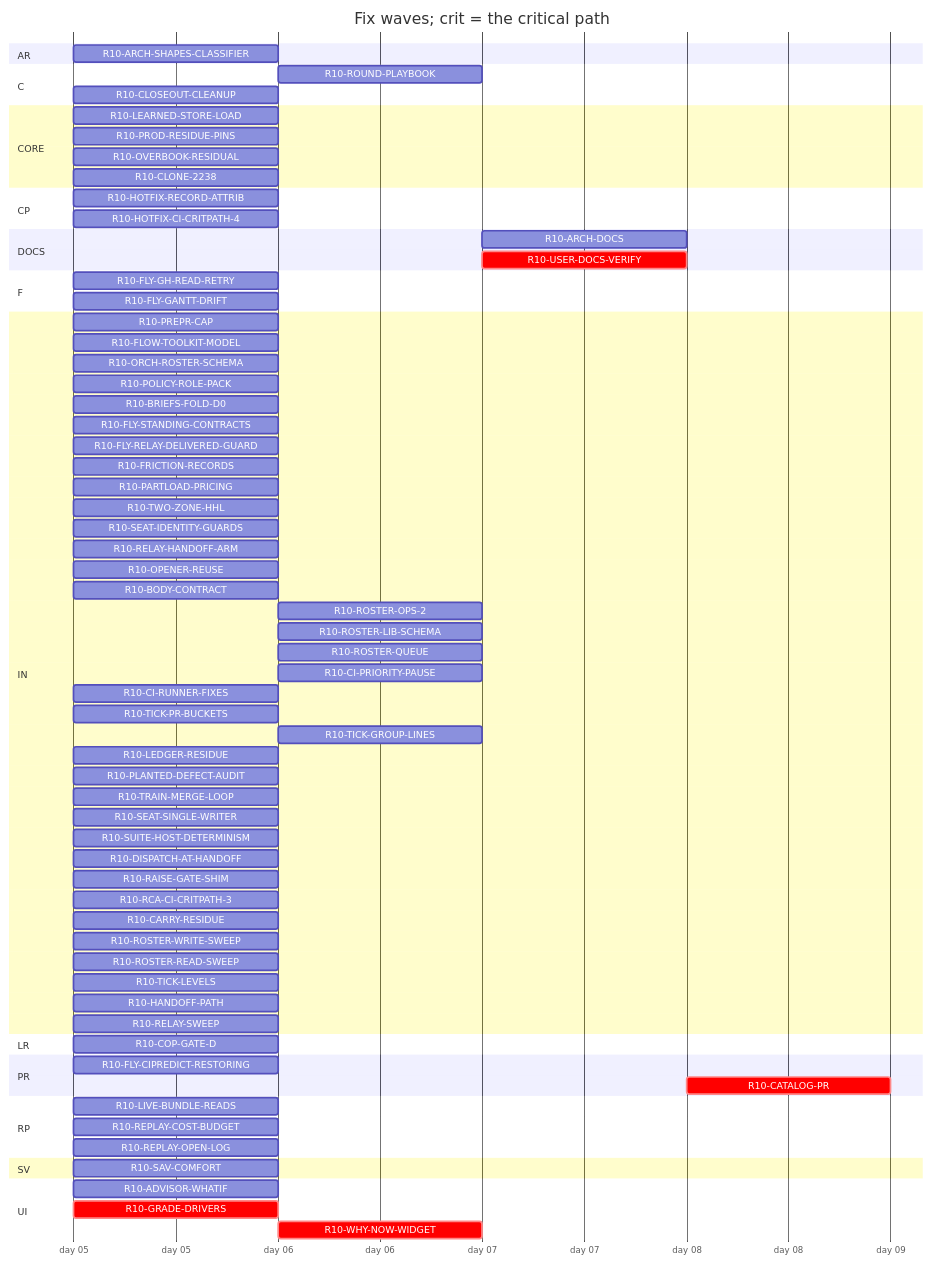
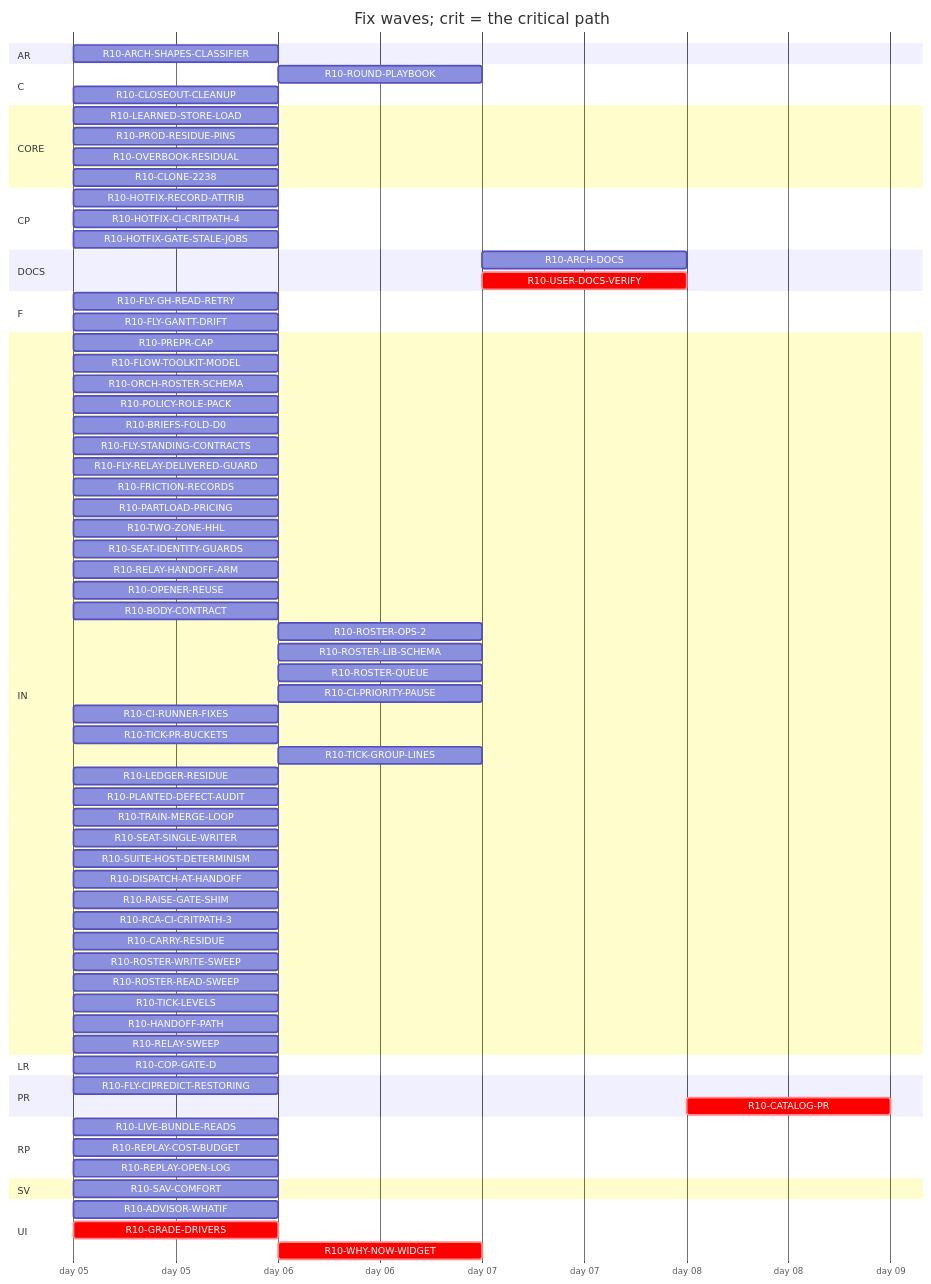
The diagram in handoff/round10/state/PLAN-TABLE.md (tvofi/heatpump_optimizer), drawn with Mermaid before and after one commit. The commit also changed other lines of this file and 4 other files, not shown here.

Commit message:
state: FLOW-BOARD.md, NEXT-SESSION-PROMPT.md, PLAN-TABLE.md, PLAN.html, RESUME-CURRENT.md regenerated (state_docs.py)

````diff
--- a/handoff/round10/state/PLAN-TABLE.md
+++ b/handoff/round10/state/PLAN-TABLE.md
@@ -25,76 +25,77 @@
 ```mermaid
 gantt
   title Fix waves; crit = the critical path
   dateFormat YYYY-MM-DD
   axisFormat day %d
   section AR
     R10-ARCH-SHAPES-CLASSIFIER :r10ARCHSHAPESCLASSIFIER, 2026-01-05, 1d
   section C
     R10-ROUND-PLAYBOOK :r10ROUNDPLAYBOOK, after r10PREPRCAP r10HANDOFFPATH r10RELAYSWEEP r10TRAINMERGELOOP r10DISPATCHATHANDOFF r10BODYCONTRACT r10TICKLEVELS r10CIPRIORITYPAUSE r10ROSTERWRITESWEEP r10ROSTERREADSWEEP r10FLYSTANDINGCONTRACTS r10POLICYROLEPACK r10FRICTIONRECORDS r10FLOWTOOLKITMODEL r10SEATIDENTITYGUARDS r10LEDGERRESIDUE r10CIRUNNERFIXES r10FLYCIPREDICTRESTORING r10RAISEGATESHIM r10PLANTEDDEFECTAUDIT r10FLYGHREADRETRY r10SUITEHOSTDETERMINISM, 1d
     R10-CLOSEOUT-CLEANUP :r10CLOSEOUTCLEANUP, 2026-01-05, 1d
   section CORE
     R10-LEARNED-STORE-LOAD :r10LEARNEDSTORELOAD, 2026-01-05, 1d
     R10-PROD-RESIDUE-PINS :r10PRODRESIDUEPINS, 2026-01-05, 1d
     R10-OVERBOOK-RESIDUAL :r10OVERBOOKRESIDUAL, 2026-01-05, 1d
     R10-CLONE-2238 :r10CLONE2238, 2026-01-05, 1d
   section CP
     R10-HOTFIX-RECORD-ATTRIB :r10HOTFIXRECORDATTRIB, 2026-01-05, 1d
     R10-HOTFIX-CI-CRITPATH-4 :r10HOTFIXCICRITPATH4, 2026-01-05, 1d
+    R10-HOTFIX-GATE-STALE-JOBS :r10HOTFIXGATESTALEJOBS, 2026-01-05, 1d
   section DOCS
     R10-ARCH-DOCS :r10ARCHDOCS, after r10CARRYRESIDUE r10OVERBOOKRESIDUAL r10CLONE2238 r10SAVCOMFORT r10COPGATED r10GRADEDRIVERS r10WHYNOWWIDGET r10PARTLOADPRICING r10TWOZONEHHL r10ARCHSHAPESCLASSIFIER r10ADVISORWHATIF r10LEARNEDSTORELOAD r10PRODRESIDUEPINS r10LIVEBUNDLEREADS r10REPLAYCOSTBUDGET r10REPLAYOPENLOG r10PREPRCAP r10HANDOFFPATH r10RELAYSWEEP r10TRAINMERGELOOP r10DISPATCHATHANDOFF r10BODYCONTRACT r10TICKLEVELS r10CIPRIORITYPAUSE r10ROSTERWRITESWEEP r10ROSTERREADSWEEP r10FLYSTANDINGCONTRACTS r10POLICYROLEPACK r10FRICTIONRECORDS r10FLOWTOOLKITMODEL r10SEATIDENTITYGUARDS r10LEDGERRESIDUE r10CIRUNNERFIXES r10FLYCIPREDICTRESTORING r10RAISEGATESHIM r10PLANTEDDEFECTAUDIT r10FLYGHREADRETRY r10SUITEHOSTDETERMINISM, 1d
     R10-USER-DOCS-VERIFY :crit, r10USERDOCSVERIFY, after r10CARRYRESIDUE r10OVERBOOKRESIDUAL r10CLONE2238 r10SAVCOMFORT r10COPGATED r10GRADEDRIVERS r10WHYNOWWIDGET r10PARTLOADPRICING r10TWOZONEHHL r10ARCHSHAPESCLASSIFIER r10ADVISORWHATIF r10LEARNEDSTORELOAD r10PRODRESIDUEPINS r10LIVEBUNDLEREADS r10REPLAYCOSTBUDGET r10REPLAYOPENLOG, 1d
   section F
     R10-FLY-GH-READ-RETRY :r10FLYGHREADRETRY, 2026-01-05, 1d
     R10-FLY-GANTT-DRIFT :r10FLYGANTTDRIFT, 2026-01-05, 1d
   section IN
     R10-PREPR-CAP :r10PREPRCAP, 2026-01-05, 1d
     R10-FLOW-TOOLKIT-MODEL :r10FLOWTOOLKITMODEL, 2026-01-05, 1d
     R10-ORCH-ROSTER-SCHEMA :r10ORCHROSTERSCHEMA, 2026-01-05, 1d
     R10-POLICY-ROLE-PACK :r10POLICYROLEPACK, 2026-01-05, 1d
     R10-BRIEFS-FOLD-D0 :r10BRIEFSFOLDD0, 2026-01-05, 1d
     R10-FLY-STANDING-CONTRACTS :r10FLYSTANDINGCONTRACTS, 2026-01-05, 1d
     R10-FLY-RELAY-DELIVERED-GUARD :r10FLYRELAYDELIVEREDGUARD, 2026-01-05, 1d
     R10-FRICTION-RECORDS :r10FRICTIONRECORDS, 2026-01-05, 1d
     R10-PARTLOAD-PRICING :r10PARTLOADPRICING, 2026-01-05, 1d
     R10-TWO-ZONE-HHL :r10TWOZONEHHL, 2026-01-05, 1d
     R10-SEAT-IDENTITY-GUARDS :r10SEATIDENTITYGUARDS, 2026-01-05, 1d
     R10-RELAY-HANDOFF-ARM :r10RELAYHANDOFFARM, 2026-01-05, 1d
     R10-OPENER-REUSE :r10OPENERREUSE, 2026-01-05, 1d
     R10-BODY-CONTRACT :r10BODYCONTRACT, 2026-01-05, 1d
     R10-ROSTER-OPS-2 :r10ROSTEROPS2, after r10ORCHROSTERSCHEMA, 1d
     R10-ROSTER-LIB-SCHEMA :r10ROSTERLIBSCHEMA, after r10ORCHROSTERSCHEMA, 1d
     R10-ROSTER-QUEUE :r10ROSTERQUEUE, after r10ORCHROSTERSCHEMA, 1d
     R10-CI-PRIORITY-PAUSE :r10CIPRIORITYPAUSE, after r10TICKLEVELS, 1d
     R10-CI-RUNNER-FIXES :r10CIRUNNERFIXES, 2026-01-05, 1d
     R10-TICK-PR-BUCKETS :r10TICKPRBUCKETS, 2026-01-05, 1d
     R10-TICK-GROUP-LINES :r10TICKGROUPLINES, after r10ORCHROSTERSCHEMA, 1d
     R10-LEDGER-RESIDUE :r10LEDGERRESIDUE, 2026-01-05, 1d
     R10-PLANTED-DEFECT-AUDIT :r10PLANTEDDEFECTAUDIT, 2026-01-05, 1d
     R10-TRAIN-MERGE-LOOP :r10TRAINMERGELOOP, 2026-01-05, 1d
     R10-SEAT-SINGLE-WRITER :r10SEATSINGLEWRITER, 2026-01-05, 1d
     R10-SUITE-HOST-DETERMINISM :r10SUITEHOSTDETERMINISM, 2026-01-05, 1d
     R10-DISPATCH-AT-HANDOFF :r10DISPATCHATHANDOFF, 2026-01-05, 1d
     R10-RAISE-GATE-SHIM :r10RAISEGATESHIM, 2026-01-05, 1d
     R10-RCA-CI-CRITPATH-3 :r10RCACICRITPATH3, 2026-01-05, 1d
     R10-CARRY-RESIDUE :r10CARRYRESIDUE, 2026-01-05, 1d
     R10-ROSTER-WRITE-SWEEP :r10ROSTERWRITESWEEP, 2026-01-05, 1d
     R10-ROSTER-READ-SWEEP :r10ROSTERREADSWEEP, 2026-01-05, 1d
     R10-TICK-LEVELS :r10TICKLEVELS, 2026-01-05, 1d
     R10-HANDOFF-PATH :r10HANDOFFPATH, 2026-01-05, 1d
     R10-RELAY-SWEEP :r10RELAYSWEEP, 2026-01-05, 1d
   section LR
     R10-COP-GATE-D :r10COPGATED, 2026-01-05, 1d
   section PR
     R10-FLY-CIPREDICT-RESTORING :r10FLYCIPREDICTRESTORING, 2026-01-05, 1d
     R10-CATALOG-PR :crit, r10CATALOGPR, after r10USERDOCSVERIFY r10ARCHDOCS r10ROUNDPLAYBOOK r10CLOSEOUTCLEANUP, 1d
   section RP
     R10-LIVE-BUNDLE-READS :r10LIVEBUNDLEREADS, 2026-01-05, 1d
     R10-REPLAY-COST-BUDGET :r10REPLAYCOSTBUDGET, 2026-01-05, 1d
     R10-REPLAY-OPEN-LOG :r10REPLAYOPENLOG, 2026-01-05, 1d
   section SV
     R10-SAV-COMFORT :r10SAVCOMFORT, 2026-01-05, 1d
   section UI
     R10-ADVISOR-WHATIF :r10ADVISORWHATIF, 2026-01-05, 1d
     R10-GRADE-DRIVERS :crit, r10GRADEDRIVERS, 2026-01-05, 1d
     R10-WHY-NOW-WIDGET :crit, r10WHYNOWWIDGET, after r10GRADEDRIVERS, 1d
 ```
````
